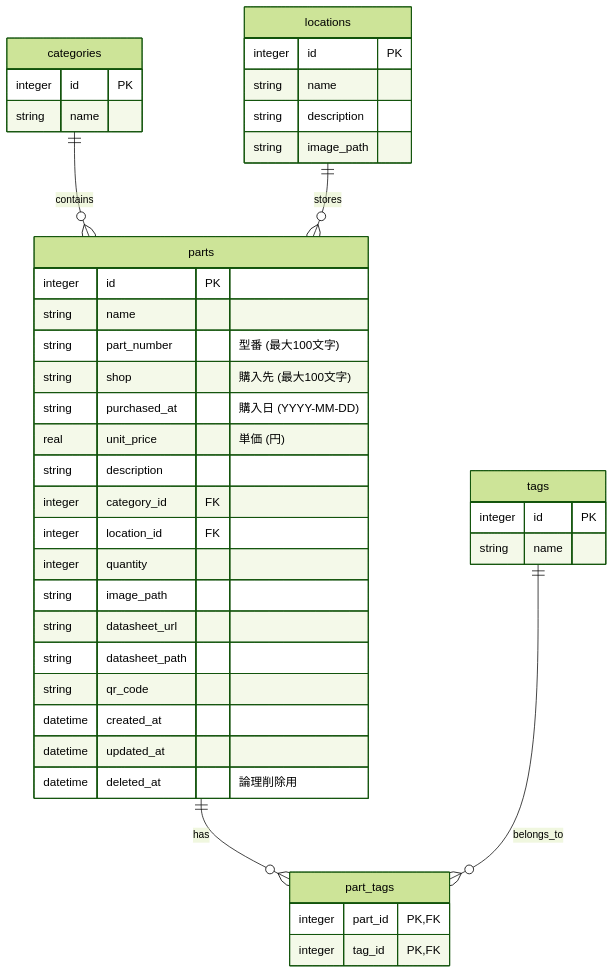
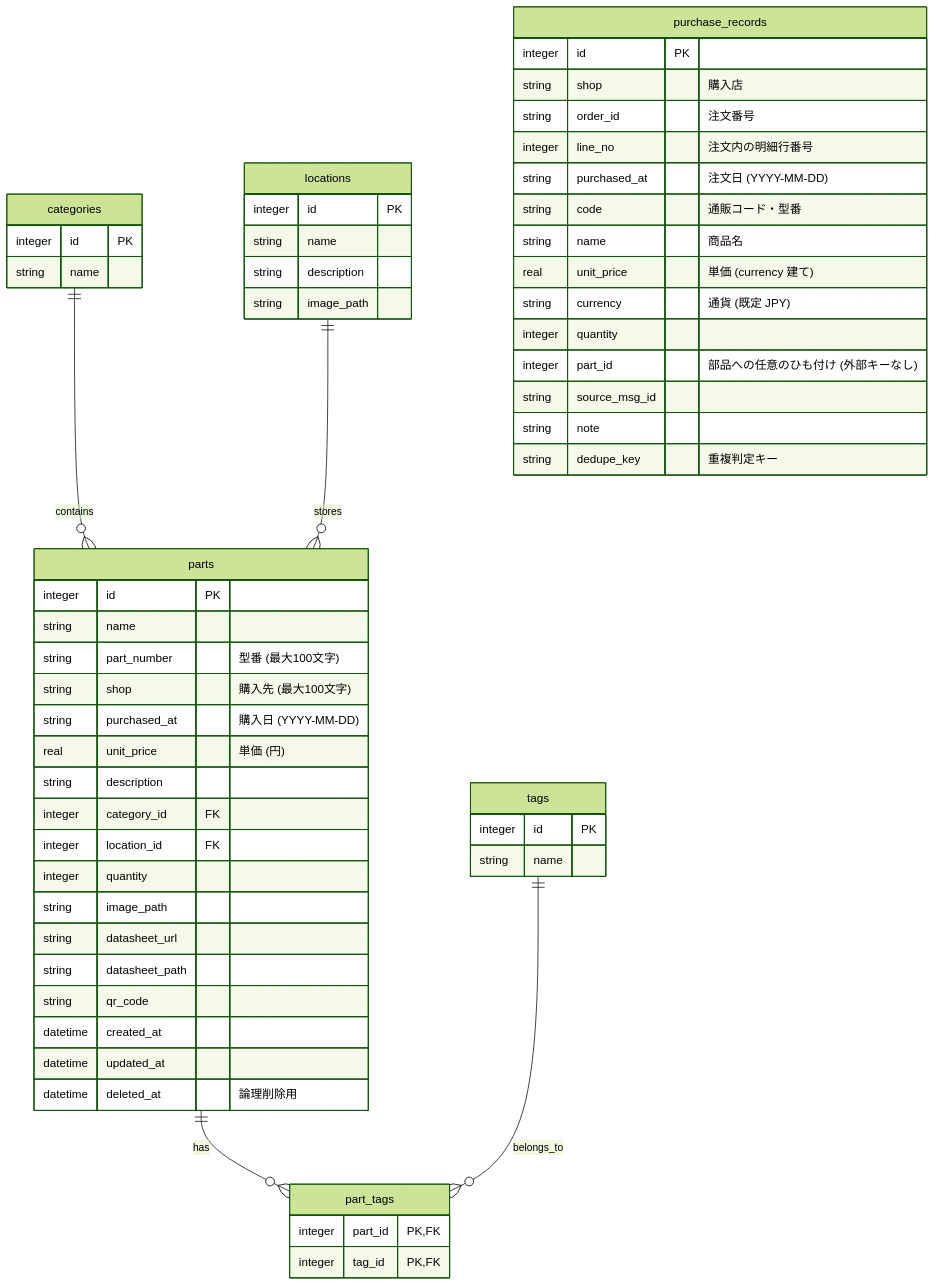
The diagram in docs/DATABASE.md (kuninet/electronic-parts-manager), drawn with Mermaid (forest theme) before and after one commit. The commit also changed other lines of this file and 25 other files, not shown here.

````diff
--- a/docs/DATABASE.md
+++ b/docs/DATABASE.md
@@ -8,49 +8,66 @@
 ```mermaid
 erDiagram
     parts ||--o{ part_tags : has
     tags ||--o{ part_tags : belongs_to
     categories ||--o{ parts : contains
     locations ||--o{ parts : stores
 
     parts {
         integer id PK
         string name
         string part_number "型番 (最大100文字)"
         string shop "購入先 (最大100文字)"
         string purchased_at "購入日 (YYYY-MM-DD)"
         real unit_price "単価 (円)"
         string description
         integer category_id FK
         integer location_id FK
         integer quantity
         string image_path
         string datasheet_url
         string datasheet_path
         string qr_code
         datetime created_at
         datetime updated_at
         datetime deleted_at "論理削除用"
     }
 
     categories {
         integer id PK
         string name
     }
 
     locations {
         integer id PK
         string name
         string description
         string image_path
     }
 
     tags {
         integer id PK
         string name
     }
 
     part_tags {
         integer part_id PK, FK
         integer tag_id PK, FK
     }
+
+    purchase_records {
+        integer id PK
+        string shop "購入店"
+        string order_id "注文番号"
+        integer line_no "注文内の明細行番号"
+        string purchased_at "注文日 (YYYY-MM-DD)"
+        string code "通販コード・型番"
+        string name "商品名"
+        real unit_price "単価 (currency 建て)"
+        string currency "通貨 (既定 JPY)"
+        integer quantity
+        integer part_id "部品への任意のひも付け (外部キーなし)"
+        string source_msg_id
+        string note
+        string dedupe_key "重複判定キー"
+    }
 ```
````
